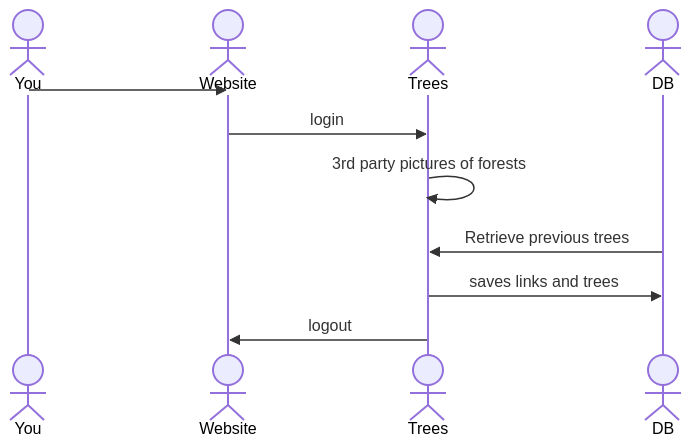
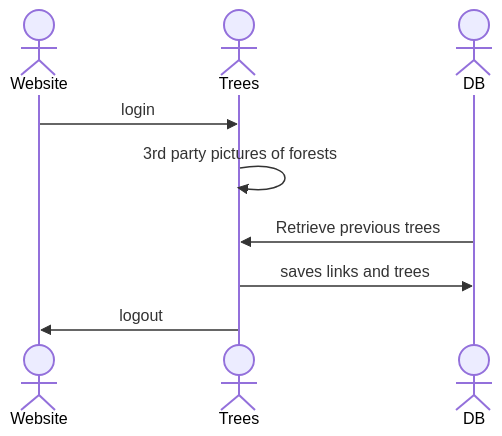
The diagram in README.md (birdman0728/startup), drawn with Mermaid before and after one commit.

Commit message:
Editing diagram

````diff
--- a/README.md
+++ b/README.md
@@ -27,13 +27,11 @@
 ```mermaid
 sequenceDiagram
-    actor You
     actor Website
     actor Trees
     actor DB
-    You->>Website:
     Website->>Trees: login
     Trees->>Trees: 3rd party pictures of forests
     DB->>Trees: Retrieve previous trees
     Trees->>DB: saves links and trees
     Trees->>Website: logout
 ```
````
